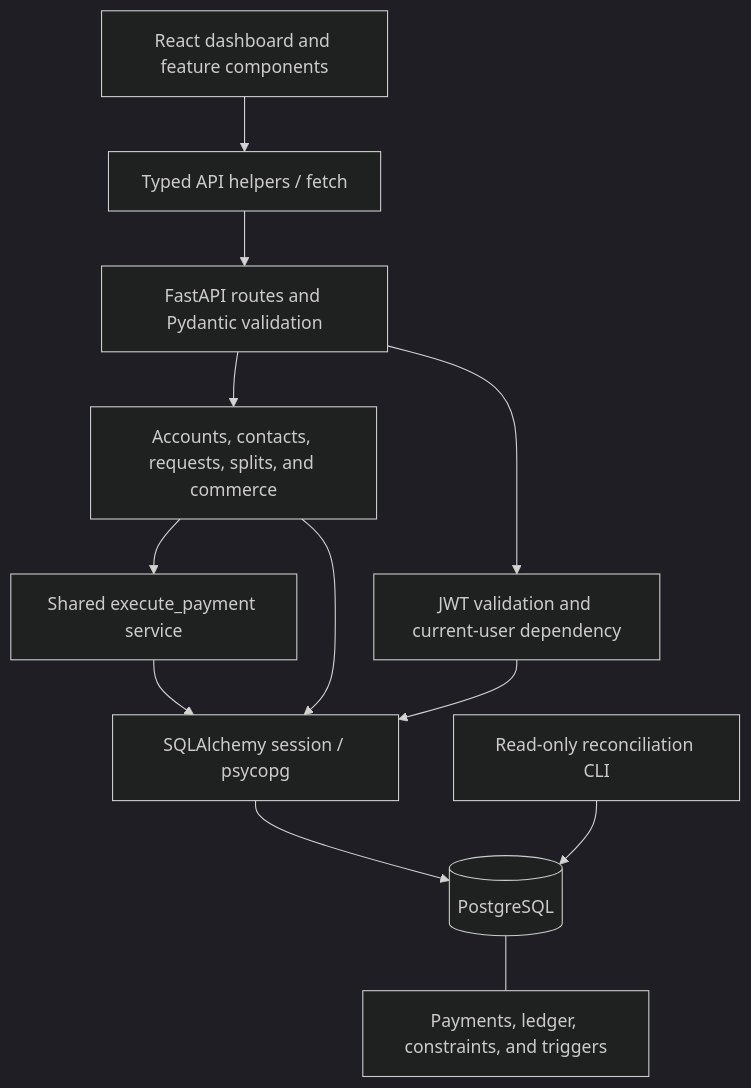
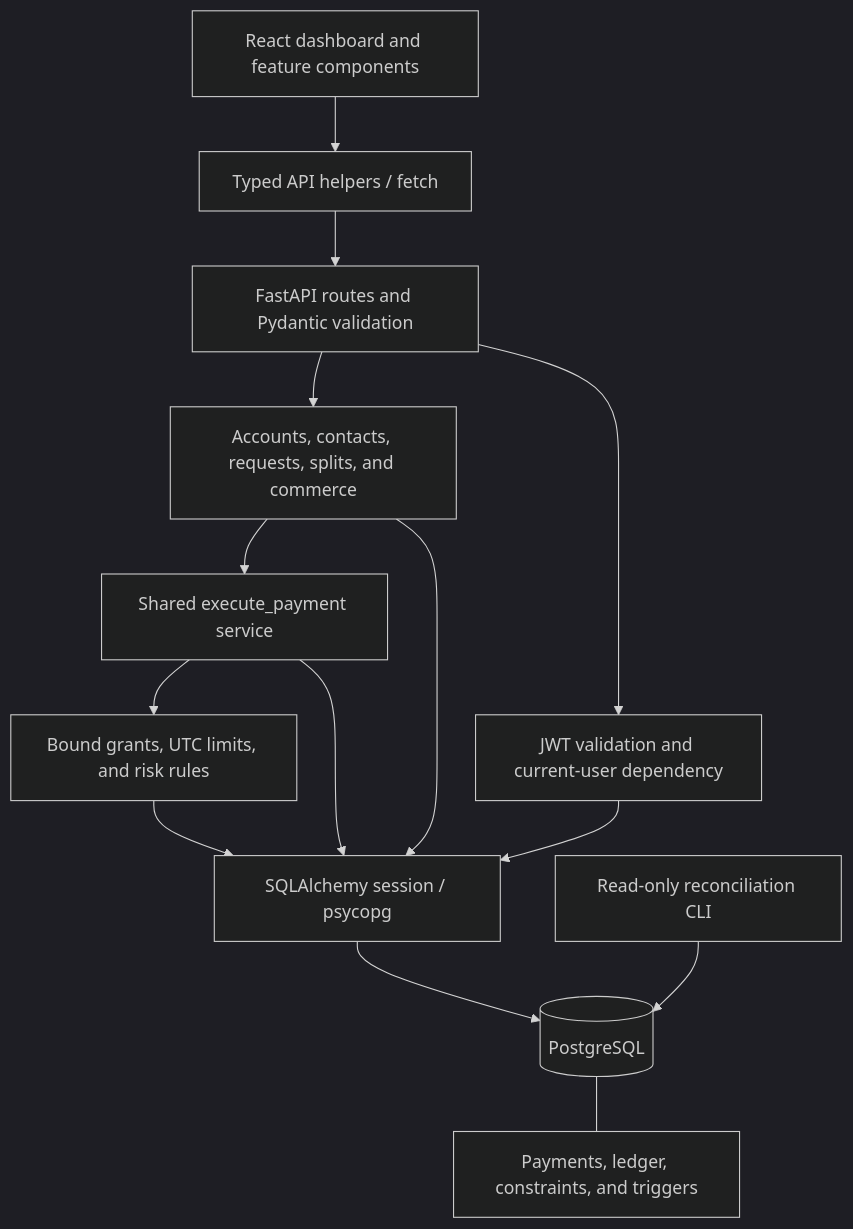
The first of 3 diagrams in README.md (Harshita2011/PayFlow), drawn with Mermaid (dark theme) before and after one commit. The commit also changed other lines of this file and 50 other files, not shown here.

````diff
--- a/README.md
+++ b/README.md
@@ -84,14 +85,16 @@
 ```mermaid
 flowchart TD
     UI["React dashboard and feature components"] --> HTTP["Typed API helpers / fetch"]
     HTTP --> API["FastAPI routes and Pydantic validation"]
     API --> Auth["JWT validation and current-user dependency"]
     API --> Features["Accounts, contacts, requests, splits, and commerce"]
     Features --> Engine["Shared execute_payment service"]
-    Engine --> ORM["SQLAlchemy session / psycopg"]
+    Engine --> Policy["Bound grants, UTC limits, and risk rules"]
+    Policy --> ORM["SQLAlchemy session / psycopg"]
+    Engine --> ORM
     Features --> ORM
     Auth --> ORM
     ORM --> PG[("PostgreSQL")]
     PG --- Journal["Payments, ledger, constraints, and triggers"]
     Audit["Read-only reconciliation CLI"] --> PG
 ```
````
